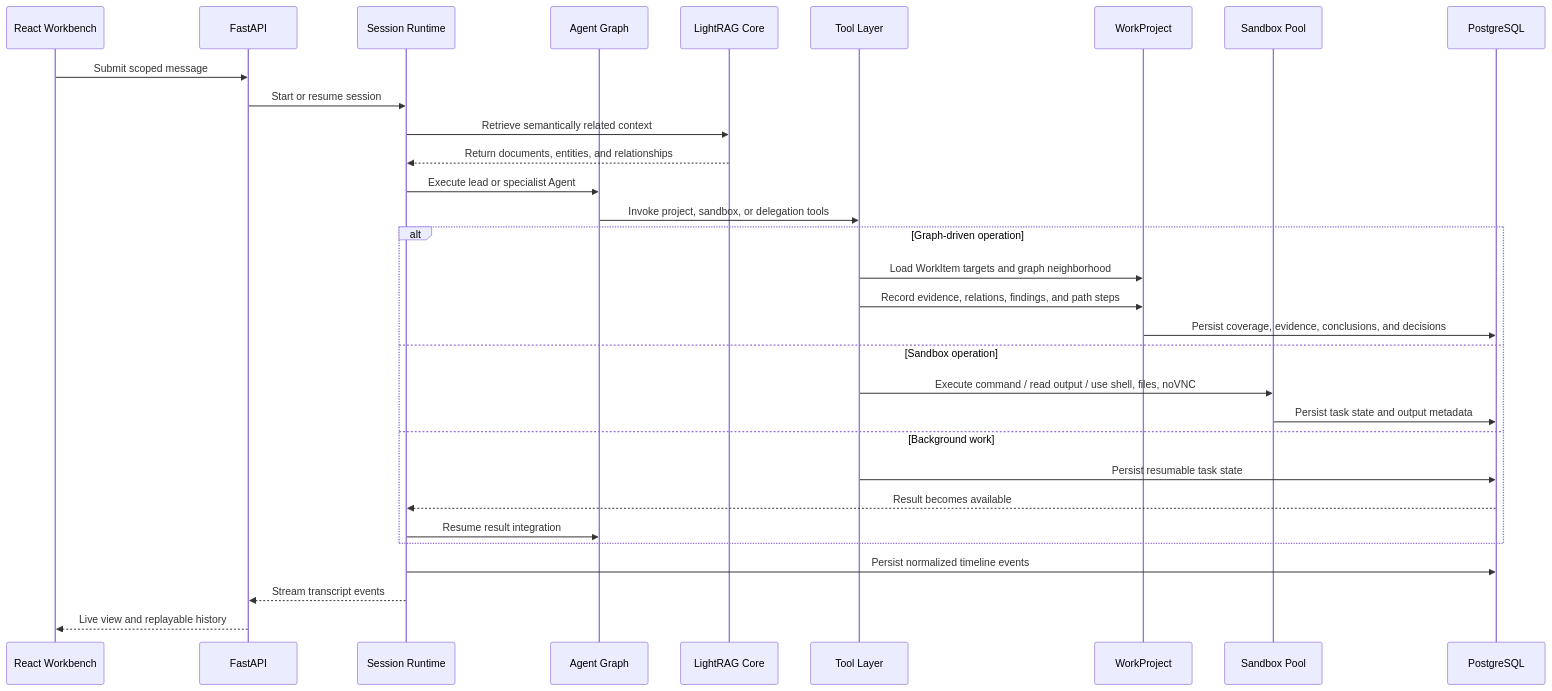
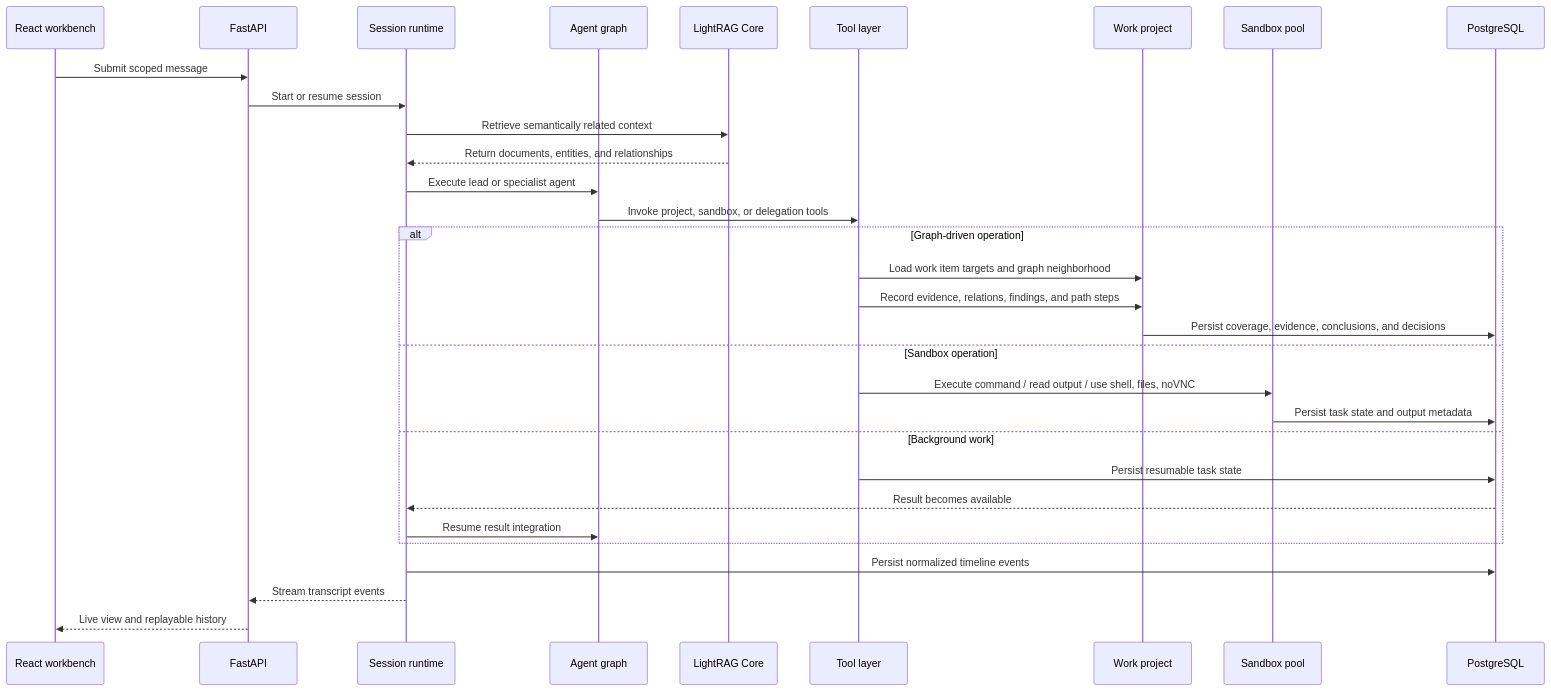
The second of 4 diagrams in README.md (Meow-Emperor/Z3r0), drawn with Mermaid before and after one commit. The commit also changed other lines of this file and 164 other files, not shown here.

````diff
--- a/README.md
+++ b/README.md
@@ -112,36 +111,36 @@
 ```mermaid
 sequenceDiagram
-  participant UI as React Workbench
+  participant UI as React workbench
   participant API as FastAPI
-  participant Pool as Session Runtime
-  participant Agents as Agent Graph
+  participant Pool as Session runtime
+  participant Agents as Agent graph
   participant RAG as LightRAG Core
-  participant Tools as Tool Layer
-  participant Project as WorkProject
-  participant Sandbox as Sandbox Pool
+  participant Tools as Tool layer
+  participant Project as Work project
+  participant Sandbox as Sandbox pool
   participant DB as PostgreSQL
 
   UI->>API: Submit scoped message
   API->>Pool: Start or resume session
   Pool->>RAG: Retrieve semantically related context
   RAG-->>Pool: Return documents, entities, and relationships
-  Pool->>Agents: Execute lead or specialist Agent
+  Pool->>Agents: Execute lead or specialist agent
   Agents->>Tools: Invoke project, sandbox, or delegation tools
 
   alt Graph-driven operation
-    Tools->>Project: Load WorkItem targets and graph neighborhood
+    Tools->>Project: Load work item targets and graph neighborhood
     Tools->>Project: Record evidence, relations, findings, and path steps
     Project->>DB: Persist coverage, evidence, conclusions, and decisions
   else Sandbox operation
     Tools->>Sandbox: Execute command / read output / use shell, files, noVNC
     Sandbox->>DB: Persist task state and output metadata
   else Background work
     Tools->>DB: Persist resumable task state
     DB-->>Pool: Result becomes available
     Pool->>Agents: Resume result integration
   end
 
   Pool->>DB: Persist normalized timeline events
   Pool-->>API: Stream transcript events
   API-->>UI: Live view and replayable history
 ```
````
